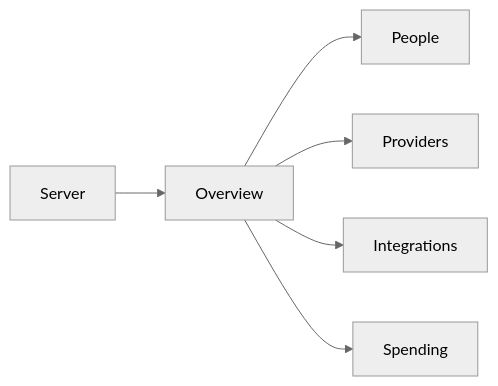
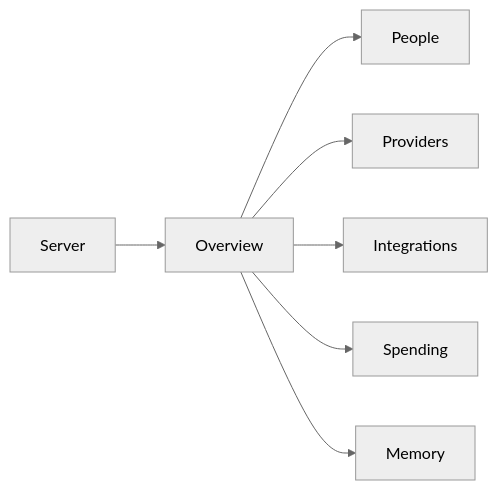
The diagram in apps/server/src/overview/README.md (elewa-git/opencrane-new), drawn with Mermaid (neutral theme) before and after one commit. The commit also changed other lines of this file and 17 other files, not shown here.

Commit message:
🗂️ Show safe nightly memory history in the organisation overview

````diff
--- a/apps/server/src/overview/README.md
+++ b/apps/server/src/overview/README.md
@@ -15,8 +16,9 @@
 ```mermaid
 graph LR
   Server --> Overview
   Overview --> People
   Overview --> Providers
   Overview --> Integrations
   Overview --> Spending
+  Overview --> Memory
 ```
````
